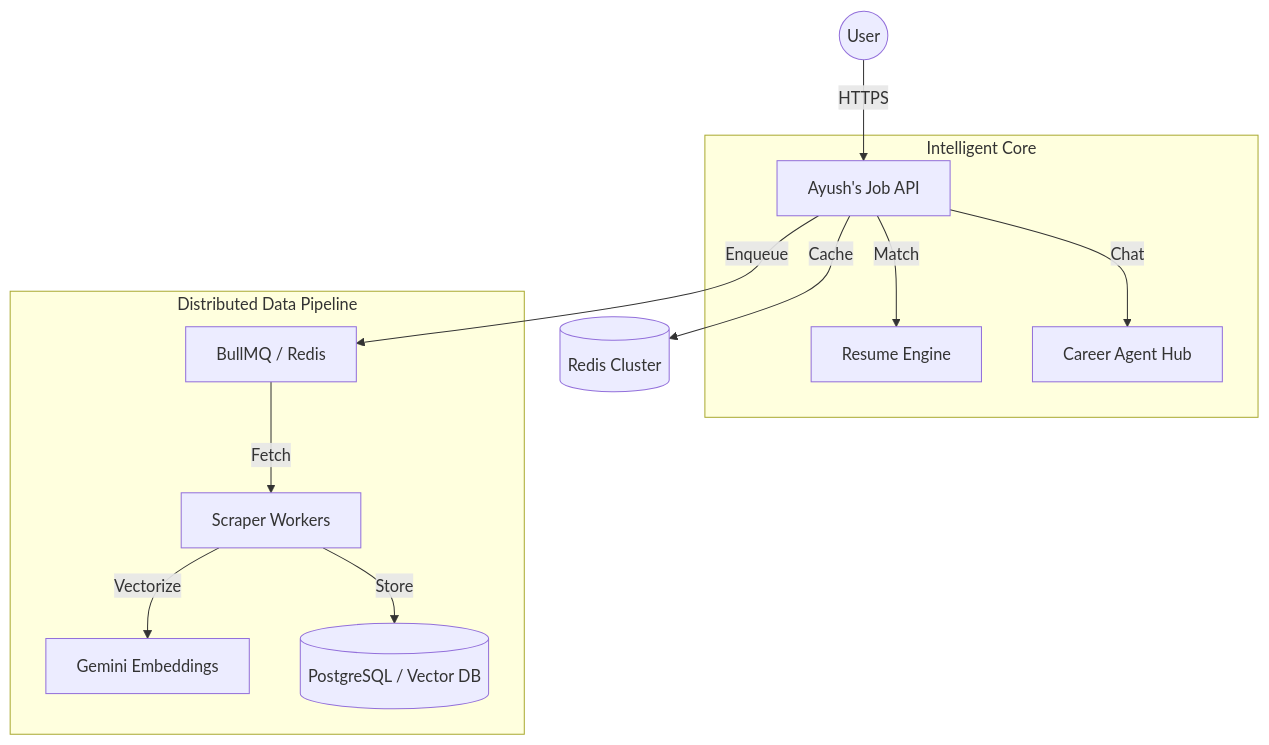
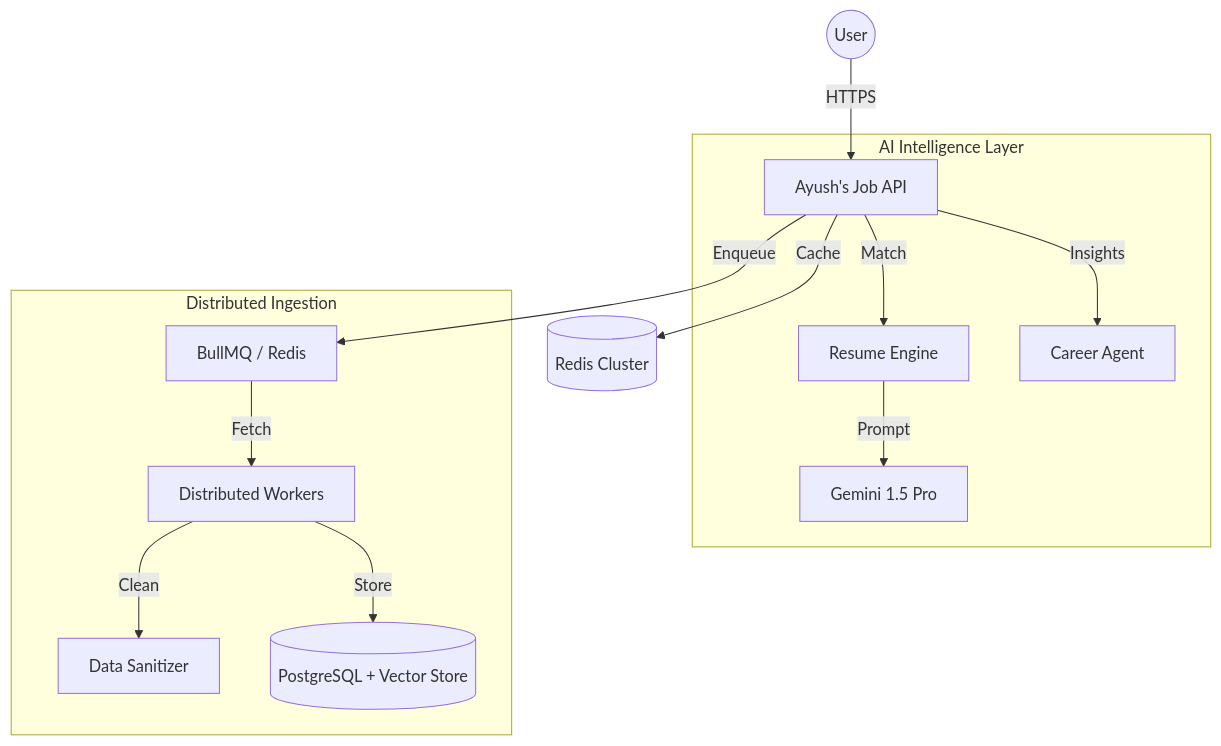
One commit to Minato95-ayu/job-finder changed the diagram in README.md. Above: the diagram before and after it, drawn with Mermaid. The commit also changed other lines of this file, not shown here.

Commit message:
docs: update README with project motivation, architectural highlights, and tech stack details

````diff
--- a/README.md
+++ b/README.md
@@ -34,17 +47,18 @@
 ```mermaid
 graph TD
     User((User)) -->|HTTPS| API[Ayush's Job API]
     API -->|Cache| Redis[(Redis Cluster)]
     
-    subgraph "Intelligent Core"
+    subgraph "AI Intelligence Layer"
         API -->|Match| Resume[Resume Engine]
-        API -->|Chat| Agent[Career Agent Hub]
+        API -->|Insights| Agent[Career Agent]
+        Resume -->|Prompt| Gemini[Gemini 1.5 Pro]
     end
 
-    subgraph "Distributed Data Pipeline"
+    subgraph "Distributed Ingestion"
         API -->|Enqueue| Queue[BullMQ / Redis]
-        Queue -->|Fetch| Worker[Scraper Workers]
-        Worker -->|Vectorize| Embed[Gemini Embeddings]
-        Worker -->|Store| DB[(PostgreSQL / Vector DB)]
+        Queue -->|Fetch| Worker[Distributed Workers]
+        Worker -->|Clean| Cleaner[Data Sanitizer]
+        Worker -->|Store| DB[(PostgreSQL + Vector Store)]
     end
 ```
````
